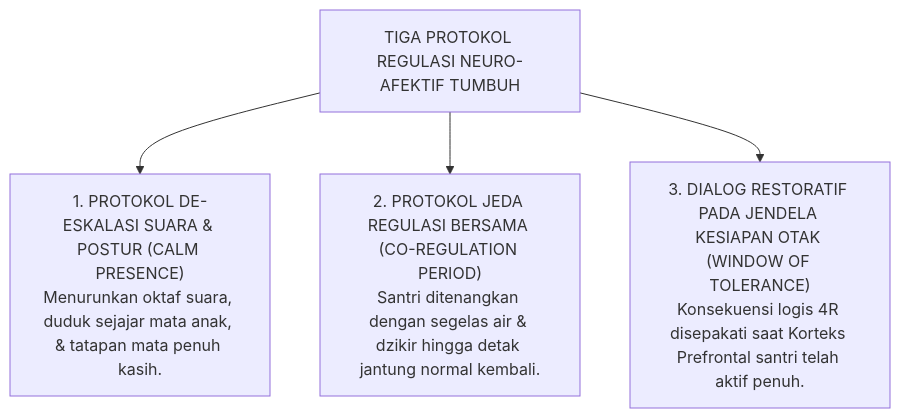
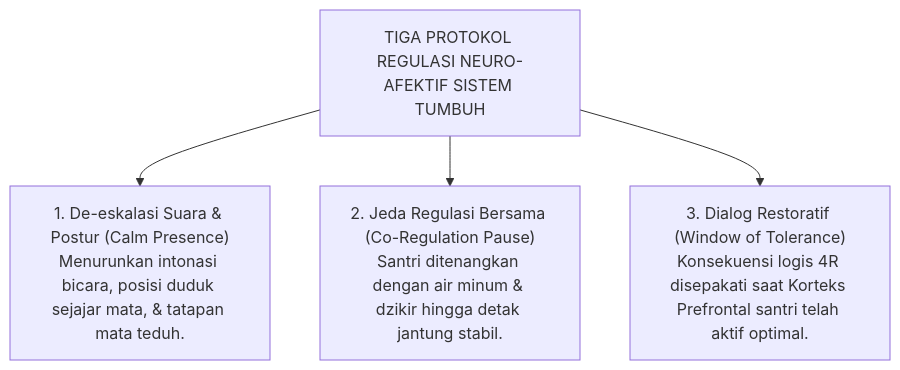
Before and after one commit to wandiapriliyandi/tumbuh: the fifth of 5 diagrams in BOOK-SERIES/Volume-01/Bab-01-Krisis-Karakter-dan-Urgensi-Rekonstruksi/03-Dampak-Neurobiologis-Trauma-dan-Kelumpuhan-PFC.md, drawn with Mermaid. The commit also changed other lines of this file and 3 other files, not shown here.

````diff
--- a/BOOK-SERIES/Volume-01/Bab-01-Krisis-Karakter-dan-Urgensi-Rekonstruksi/03-Dampak-Neurobiologis-Trauma-dan-Kelumpuhan-PFC.md
+++ b/BOOK-SERIES/Volume-01/Bab-01-Krisis-Karakter-dan-Urgensi-Rekonstruksi/03-Dampak-Neurobiologis-Trauma-dan-Kelumpuhan-PFC.md
@@ -162,10 +156,10 @@
 ```mermaid
 graph TD
-    RootReg["TIGA PROTOKOL REGULASI NEURO-AFEKTIF TUMBUH"]
+    RootReg["TIGA PROTOKOL REGULASI NEURO-AFEKTIF SISTEM TUMBUH"]
     
-    RootReg --> Reg1["1. PROTOKOL DE-ESKALASI SUARA & POSTUR (CALM PRESENCE)<br/>Menurunkan oktaf suara, duduk sejajar mata anak, & tatapan mata penuh kasih."]
+    RootReg --> Reg1["1. De-eskalasi Suara & Postur (Calm Presence)<br/>Menurunkan intonasi bicara, posisi duduk sejajar mata, & tatapan mata teduh."]
     
-    RootReg --> Reg2["2. PROTOKOL JEDA REGULASI BERSAMA (CO-REGULATION PERIOD)<br/>Santri ditenangkan dengan segelas air & dzikir hingga detak jantung normal kembali."]
+    RootReg --> Reg2["2. Jeda Regulasi Bersama (Co-Regulation Pause)<br/>Santri ditenangkan dengan air minum & dzikir hingga detak jantung stabil."]
     
-    RootReg --> Reg3["3. DIALOG RESTORATIF PADA JENDELA KESIAPAN OTAK (WINDOW OF TOLERANCE)<br/>Konsekuensi logis 4R disepakati saat Korteks Prefrontal santri telah aktif penuh."]
+    RootReg --> Reg3["3. Dialog Restoratif (Window of Tolerance)<br/>Konsekuensi logis 4R disepakati saat Korteks Prefrontal santri telah aktif optimal."]
 ```
````
